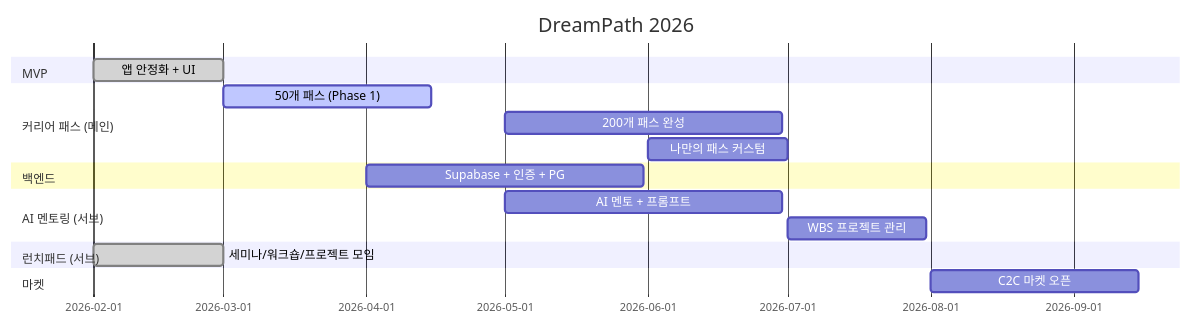
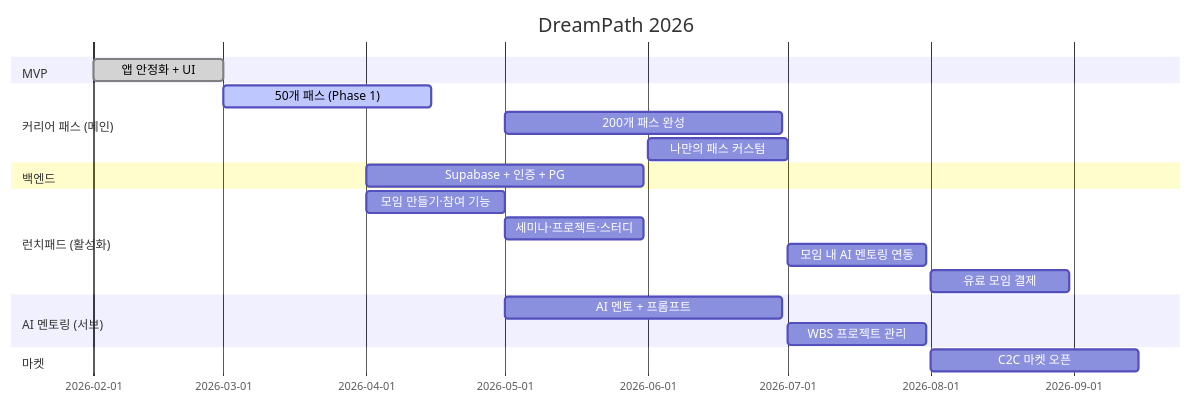
Before and after one commit to Collegenie-X/AI-career-path: the third of 3 diagrams in Readme.md, drawn with Mermaid. The commit also changed other lines of this file and 10 other files, not shown here.

````diff
--- a/Readme.md
+++ b/Readme.md
@@ -197,20 +231,23 @@
 ```mermaid
 gantt
     title DreamPath 2026
     dateFormat  YYYY-MM
     section MVP
     앱 안정화 + UI       :done, 2026-02, 28d
     section 커리어 패스 (메인)
     50개 패스 (Phase 1)  :active, 2026-03, 45d
     200개 패스 완성       :2026-05, 60d
     나만의 패스 커스텀     :2026-06, 30d
     section 백엔드
     Supabase + 인증 + PG :2026-04, 60d
+    section 런치패드 (활성화)
+    모임 만들기·참여 기능  :2026-04, 30d
+    세미나·프로젝트·스터디  :2026-05, 30d
+    모임 내 AI 멘토링 연동 :2026-07, 30d
+    유료 모임 결제         :2026-08, 30d
     section AI 멘토링 (서브)
     AI 멘토 + 프롬프트    :2026-05, 60d
     WBS 프로젝트 관리     :2026-07, 30d
-    section 런치패드 (서브)
-    세미나/워크숍/프로젝트 모임 :done, 2026-02, 28d
     section 마켓
     C2C 마켓 오픈         :2026-08, 45d
 ```
````
